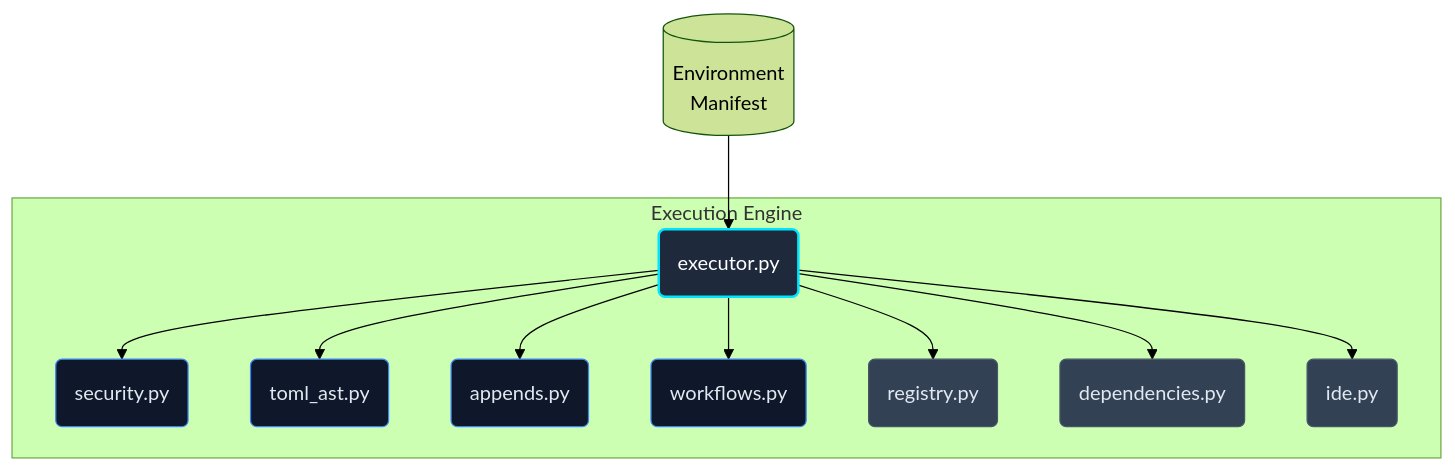
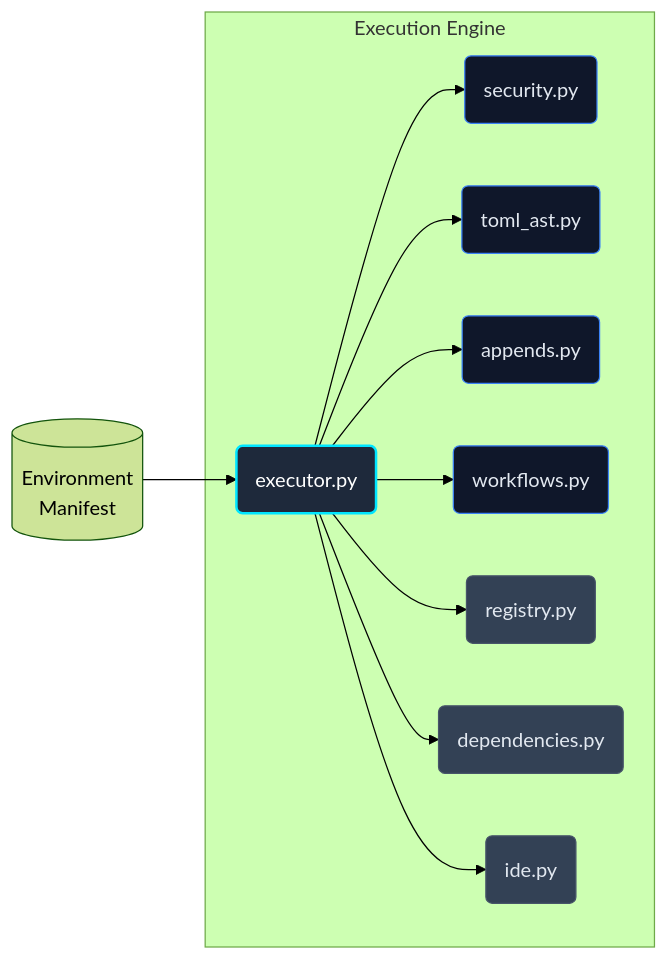
Before and after one commit to JacksonFergusonDev/protostar: the first of 2 diagrams in docs/mechanics/executor.md, drawn with Mermaid (forest theme). The commit also changed 17 other files, not shown here.

First line of the commit message:
docs: overhaul documentation styling, frontmatter, and mermaid diagrams (#216)

````diff
--- a/docs/mechanics/executor.md
+++ b/docs/mechanics/executor.md
@@ -11,19 +11,19 @@
 ```mermaid
-flowchart TD
+flowchart LR
     classDef pure fill:#0f172a,stroke:#3b82f6,stroke-width:1px,color:#e2e8f0;
     classDef stateful fill:#334155,stroke:#475569,stroke-width:1px,color:#e2e8f0;
     classDef orchestrator fill:#1e293b,stroke:#00e5ff,stroke-width:2px,color:#fff;
 
     M[(Environment\nManifest)] --> E(executor.py):::orchestrator
 
     subgraph Execution Engine
         E --> S(security.py):::pure
         E --> T(toml_ast.py):::pure
         E --> A(appends.py):::pure
         E --> W(workflows.py):::pure
         E --> R(registry.py):::stateful
 
         E --> D(dependencies.py):::stateful
         E --> I(ide.py):::stateful
     end
 ```
````
